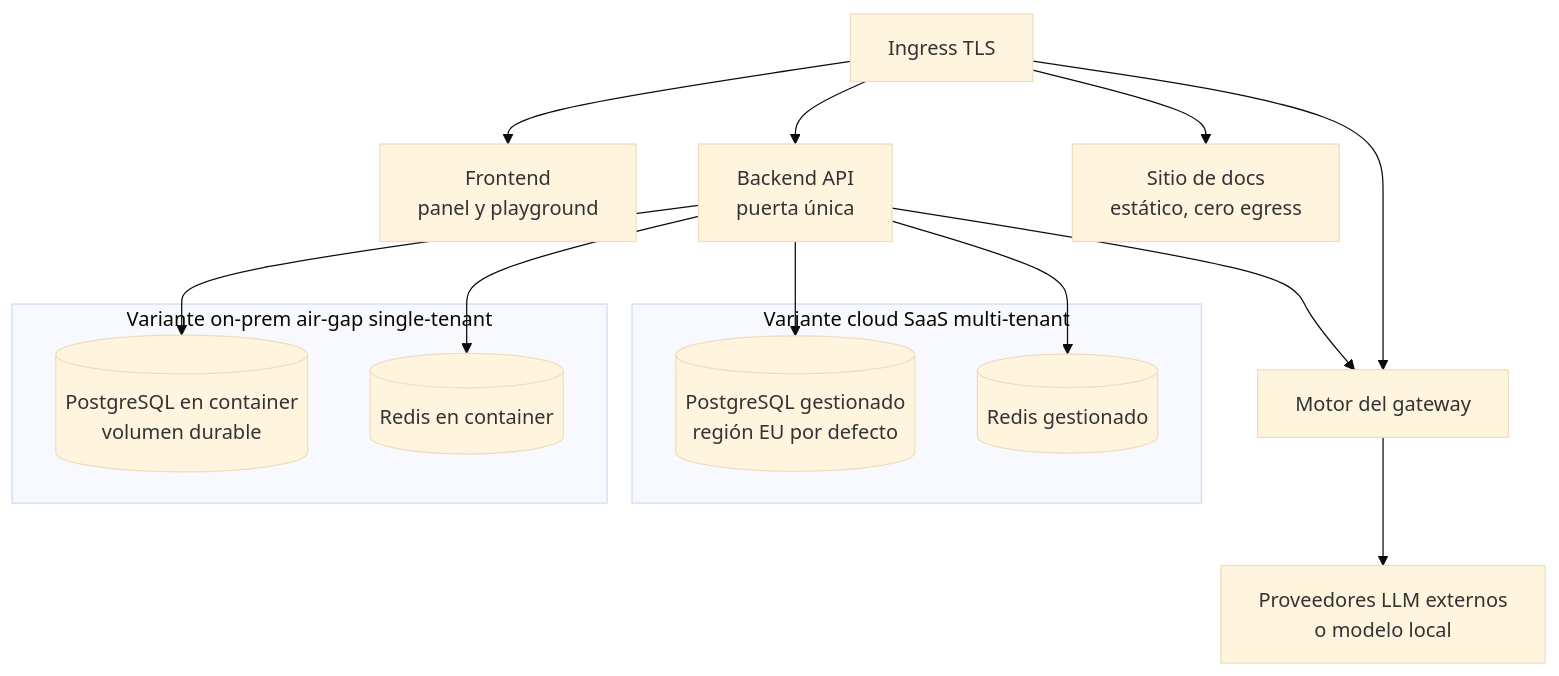
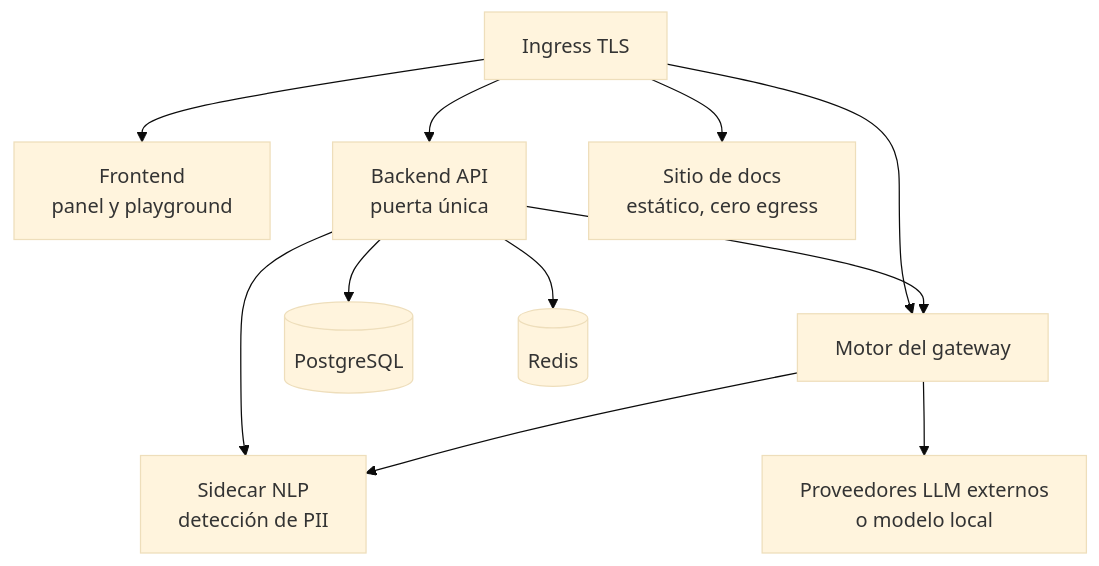
Before and after one commit to cluna-8/elea: the second of 2 diagrams in docs/docs/overview/index.md, drawn with Mermaid (base theme). The commit also changed other lines of this file and 9 other files, not shown here.

First line of the commit message:
docs(devrel): norma de diagramas + gate de drift doc↔código con bordes declarados + correcciones de drift (#188)

````diff
--- a/docs/docs/overview/index.md
+++ b/docs/docs/overview/index.md
@@ -157,21 +168,13 @@
 ```mermaid
 graph TB
     IN[Ingress TLS] --> FE[Frontend<br/>panel y playground]
     IN --> BE[Backend API<br/>puerta única]
     IN --> ME[Motor del gateway]
     IN --> DOCS[Sitio de docs<br/>estático, cero egress]
     BE --> ME
+    BE --> NLP[Sidecar NLP<br/>detección de PII]
+    ME --> NLP
     ME --> LLM[Proveedores LLM externos<br/>o modelo local]
-    subgraph CLOUD[Variante cloud SaaS multi-tenant]
-        PGC[(PostgreSQL gestionado<br/>región EU por defecto)]
-        RDC[(Redis gestionado)]
-    end
-    subgraph PREM[Variante on-prem air-gap single-tenant]
-        PGP[(PostgreSQL en container<br/>volumen durable)]
-        RDP[(Redis en container)]
-    end
-    BE --> PGC
-    BE --> RDC
-    BE --> PGP
-    BE --> RDP
+    BE --> PG[(PostgreSQL)]
+    BE --> RD[(Redis)]
 ```
````
